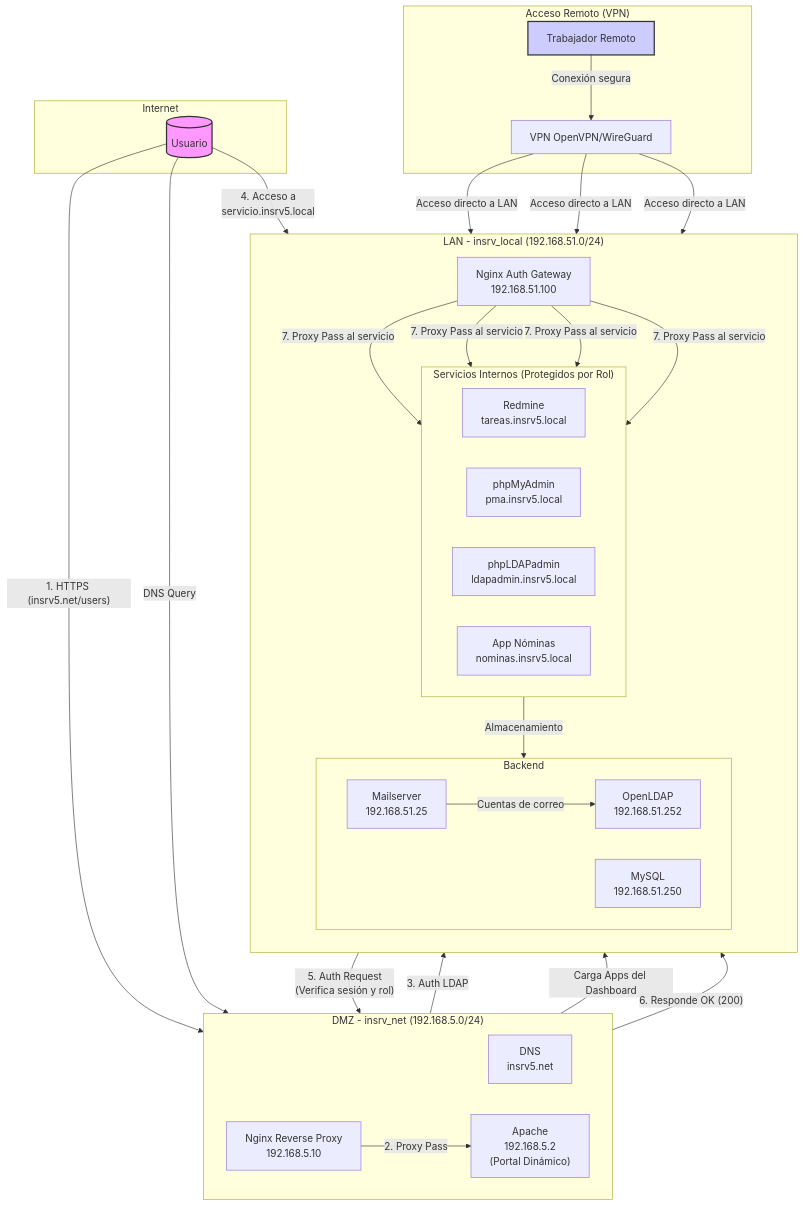
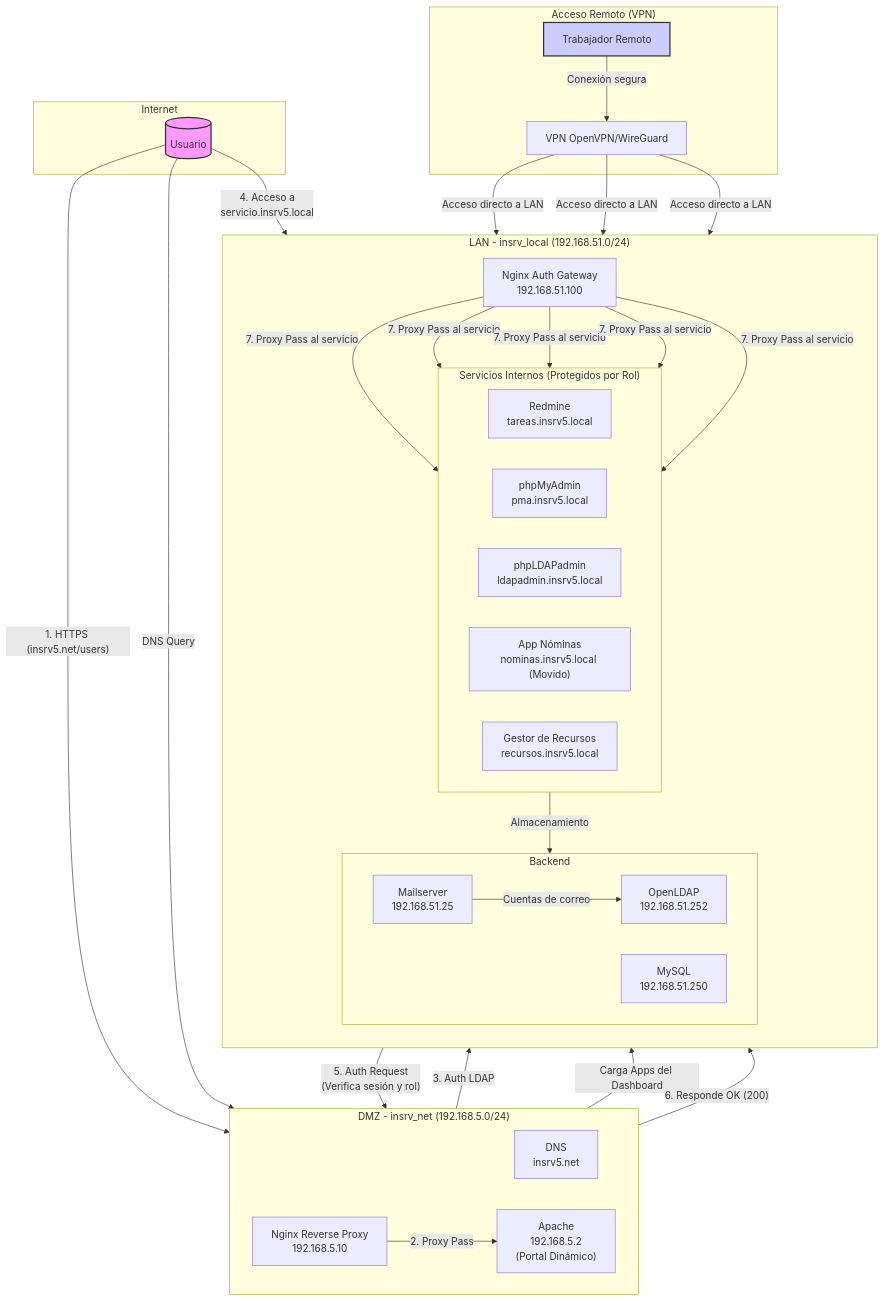
The diagram in README.md (CrIsTiAnPvP/Docker-Enterprise-Stack), drawn with Mermaid before and after one commit. The commit also changed other lines of this file and 34 other files, not shown here.

````diff
--- a/README.md
+++ b/README.md
@@ -37,67 +37,69 @@
 ```mermaid
 graph TD
     subgraph Internet
         User[("Usuario")]
     end
 
     subgraph "DMZ - insrv_net (192.168.5.0/24)"
         direction LR
         dns_dmz["DNS<br>insrv5.net"]
         nginx_dmz["Nginx Reverse Proxy<br>192.168.5.10"]
         apache_dmz["Apache<br>192.168.5.2<br>(Portal Dinámico)"]
     end
 
     subgraph "LAN - insrv_local (192.168.51.0/24)"
         direction TB
         nginx_lan["Nginx Auth Gateway<br>192.168.51.100"]
         subgraph "Servicios Internos (Protegidos por Rol)"
             direction LR
             redmine["Redmine<br>tareas.insrv5.local"]
             phpmyadmin["phpMyAdmin<br>pma.insrv5.local"]
             phpldapadmin["phpLDAPadmin<br>ldapadmin.insrv5.local"]
-            nominas["App Nóminas<br>nominas.insrv5.local"]
+            nominas["App Nóminas<br>nominas.insrv5.local (Movido)"]
+            recursos["Gestor de Recursos<br>recursos.insrv5.local"]
         end
 
         subgraph "Backend"
             direction LR
             openldap["OpenLDAP<br>192.168.51.252"]
             mysql["MySQL<br>192.168.51.250"]
             mailserver["Mailserver<br>192.168.51.25"]
         end
     end
 
     subgraph "Acceso Remoto (VPN)"
         worker["Trabajador Remoto"]
         vpn[VPN OpenVPN/WireGuard]
     end
 
     %% --- Flujos de Red ---
     User -- 1. HTTPS (insrv5.net/users) --> nginx_dmz
     User -- DNS Query --> dns_dmz
     nginx_dmz -- 2. Proxy Pass --> apache_dmz
     apache_dmz -- 3. Auth LDAP --> openldap
     apache_dmz -- "Carga Apps del Dashboard" --> mysql
 
     %% --- Flujo de Acceso Interno con SSO ---
     User -- "4. Acceso a<br>servicio.insrv5.local" --> nginx_lan
     nginx_lan -- "5. Auth Request<br>(Verifica sesión y rol)" --> apache_dmz
     apache_dmz -- "6. Responde OK (200)" --> nginx_lan
     nginx_lan -- "7. Proxy Pass al servicio" --> redmine
     nginx_lan -- "7. Proxy Pass al servicio" --> phpmyadmin
     nginx_lan -- "7. Proxy Pass al servicio" --> phpldapadmin
     nginx_lan -- "7. Proxy Pass al servicio" --> nominas
+    nginx_lan -- "7. Proxy Pass al servicio" --> recursos
 
 
     redmine -- Almacenamiento --> mysql
     mailserver -- Cuentas de correo --> openldap
 
     worker -- Conexión segura --> vpn
 
     vpn -- Acceso directo a LAN --> mysql
     vpn -- Acceso directo a LAN --> openldap
     vpn -- Acceso directo a LAN --> nginx_lan
 
     %% --- Estilos ---
     style User fill:#f9f,stroke:#333,stroke-width:2px
     style worker fill:#ccf,stroke:#333,stroke-width:2px
 ```
````
